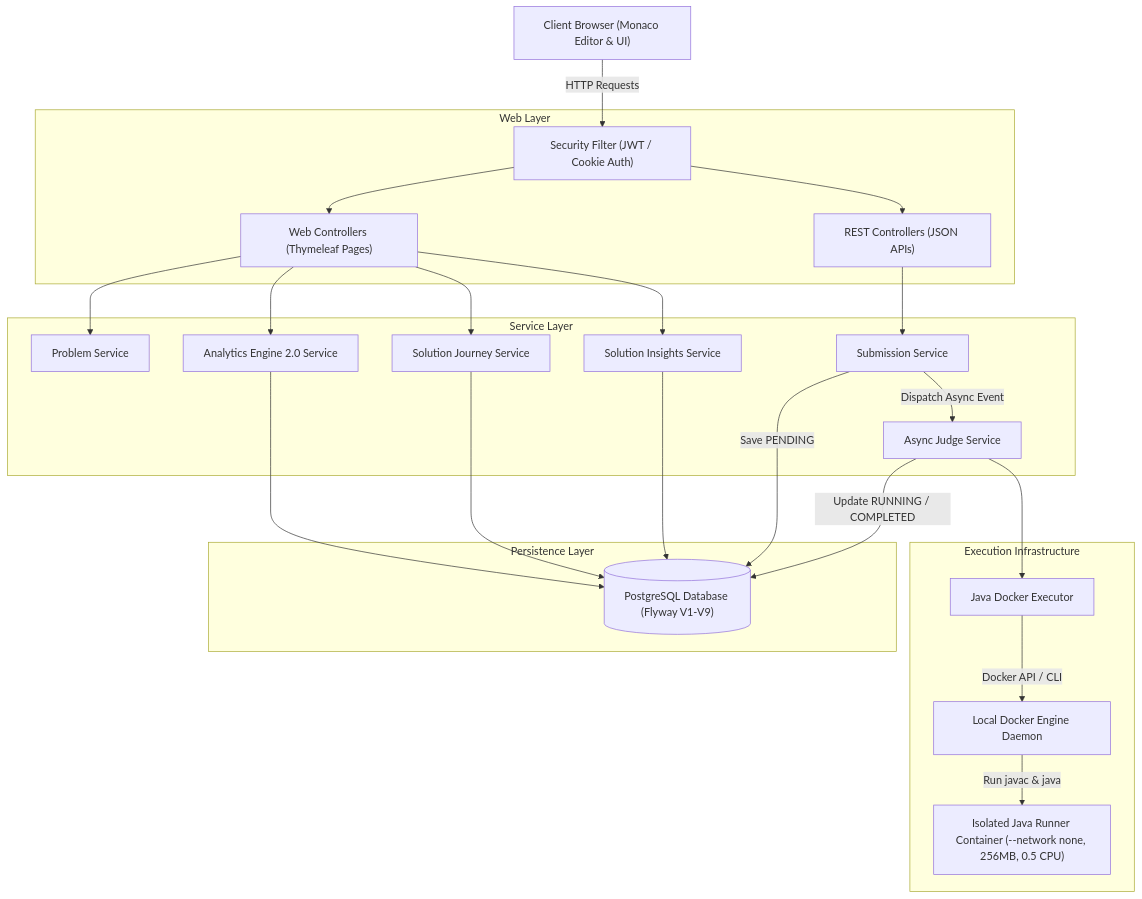
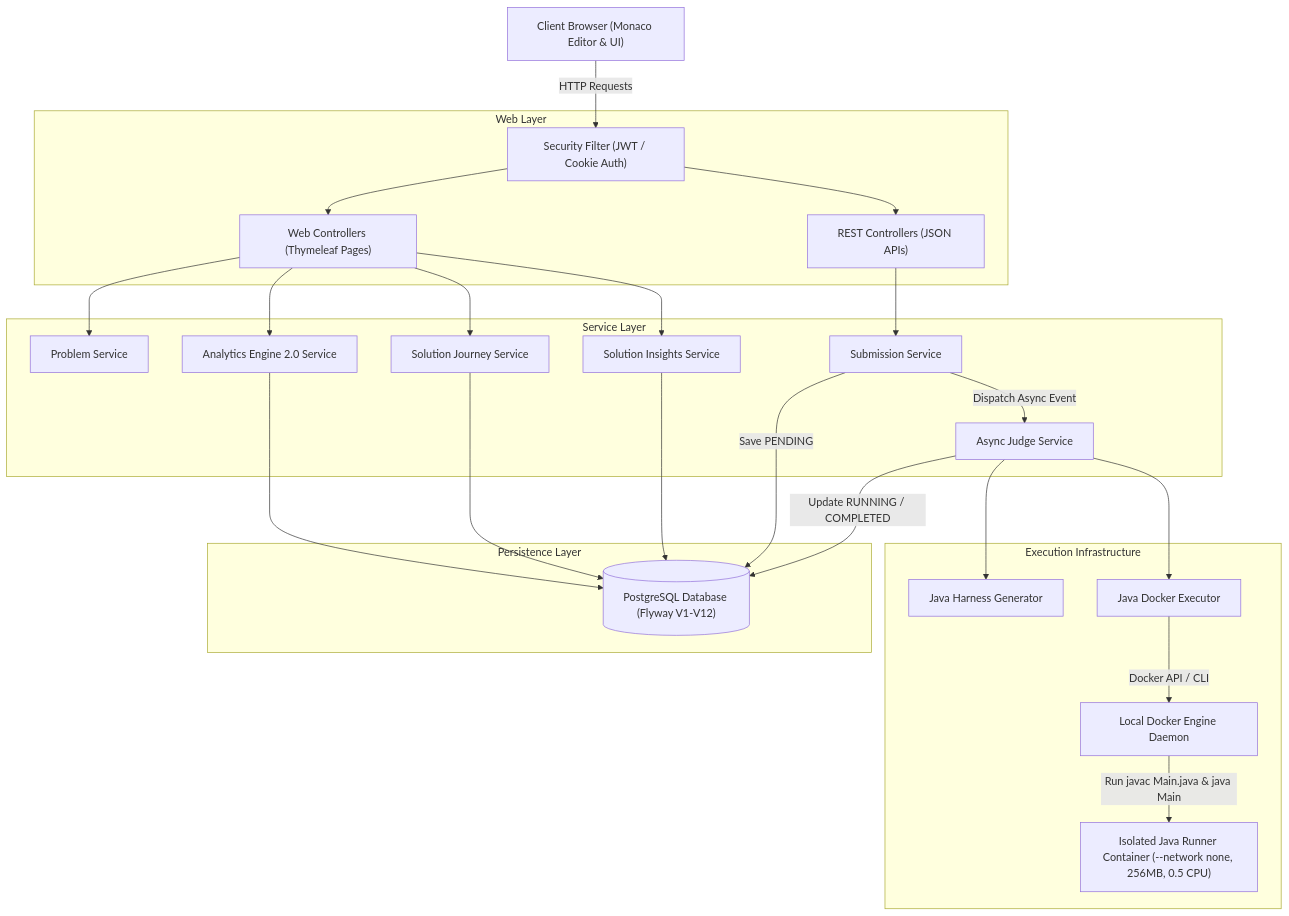
One commit to sars-23/Project-Apricorn_1 changed the diagram in backend/docs/architecture.md. Above: the diagram before and after it, drawn with Mermaid. The commit also changed other lines of this file and 11 other files, not shown here.

````diff
--- a/backend/docs/architecture.md
+++ b/backend/docs/architecture.md
@@ -9,52 +9,54 @@
 ```mermaid
 graph TD
     User["Client Browser (Monaco Editor & UI)"]
     
     subgraph Web Layer
         WebCtrl["Web Controllers (Thymeleaf Pages)"]
         RestCtrl["REST Controllers (JSON APIs)"]
         JwtFilter["Security Filter (JWT / Cookie Auth)"]
     end
     
     subgraph Service Layer
         ProblemSvc["Problem Service"]
         SubSvc["Submission Service"]
         AnalyticsSvc["Analytics Engine 2.0 Service"]
         JourneySvc["Solution Journey Service"]
         InsightsSvc["Solution Insights Service"]
         JudgeSvc["Async Judge Service"]
     end
     
     subgraph Persistence Layer
-        DB[("PostgreSQL Database (Flyway V1-V9)")]
+        DB[("PostgreSQL Database (Flyway V1-V12)")]
     end
     
     subgraph Execution Infrastructure
         DockerExec["Java Docker Executor"]
+        HarnessGen["Java Harness Generator"]
         DockerEngine["Local Docker Engine Daemon"]
         Container["Isolated Java Runner Container (--network none, 256MB, 0.5 CPU)"]
     end
     
     User -->|HTTP Requests| JwtFilter
     JwtFilter --> WebCtrl
     JwtFilter --> RestCtrl
     
     WebCtrl --> ProblemSvc
     WebCtrl --> AnalyticsSvc
     WebCtrl --> JourneySvc
     WebCtrl --> InsightsSvc
     
     RestCtrl --> SubSvc
     
     SubSvc -->|Save PENDING| DB
     SubSvc -->|Dispatch Async Event| JudgeSvc
     
     JudgeSvc -->|Update RUNNING / COMPLETED| DB
+    JudgeSvc --> HarnessGen
     JudgeSvc --> DockerExec
     DockerExec -->|Docker API / CLI| DockerEngine
-    DockerEngine -->|Run javac & java| Container
+    DockerEngine -->|Run javac Main.java & java Main| Container
     
     AnalyticsSvc --> DB
     JourneySvc --> DB
     InsightsSvc --> DB
 ```
````
